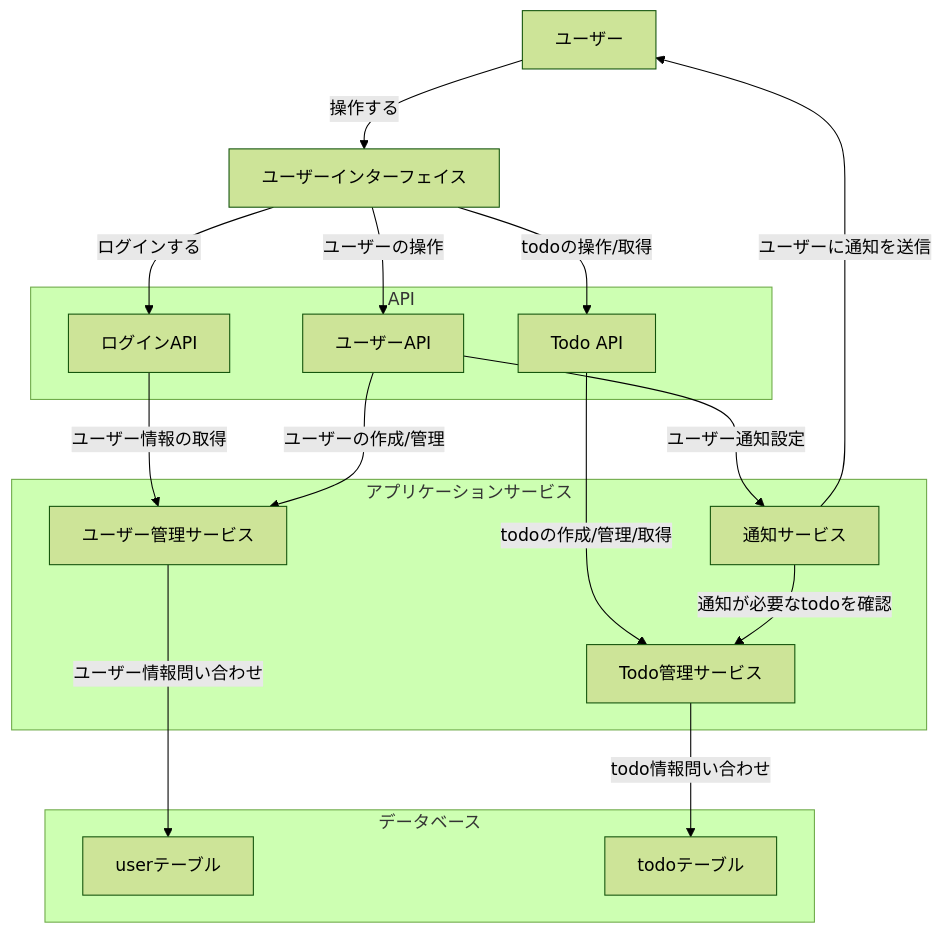
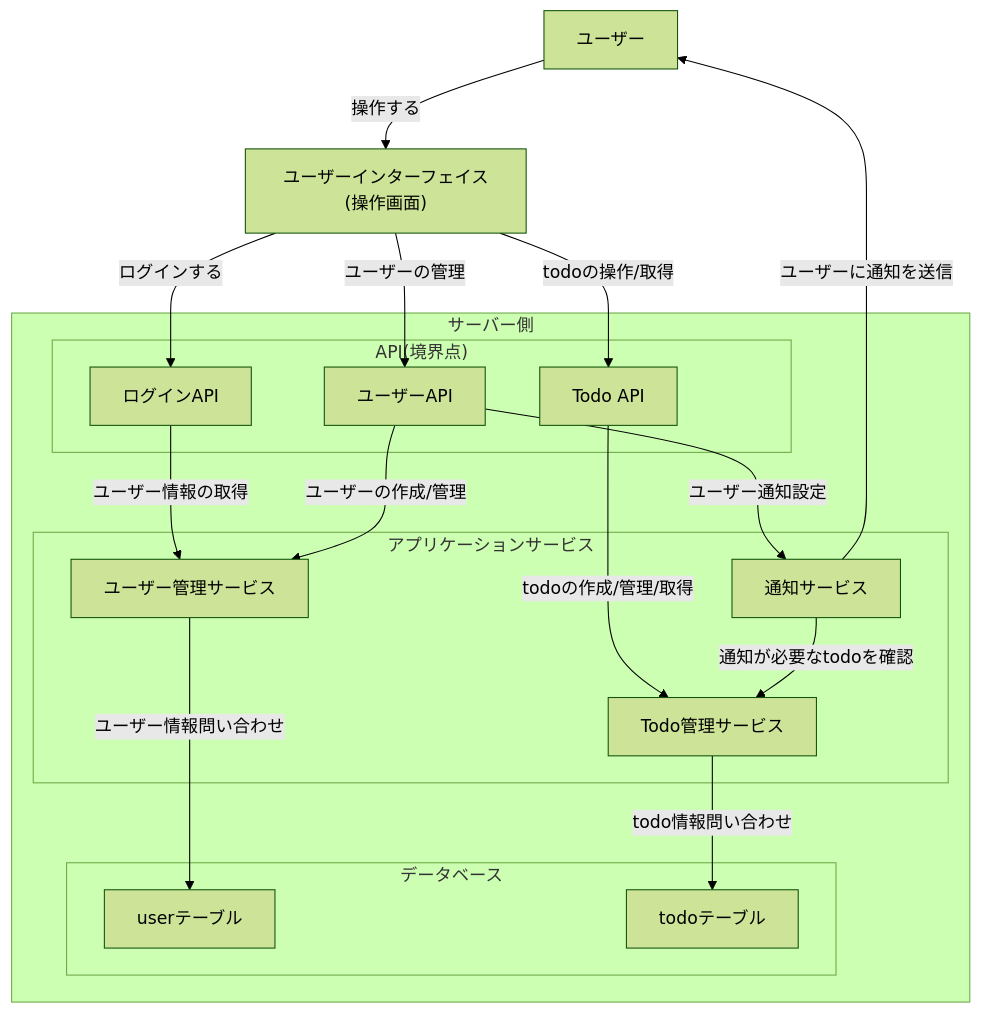
One commit to tam1192/MyTodoAppsDocs changed the first of 4 diagrams in src/要件定義.md. Above: the diagram before and after it, drawn with Mermaid (forest theme).

Commit message:
補足説明を追加

````diff
--- a/src/要件定義.md
+++ b/src/要件定義.md
@@ -40,45 +40,47 @@
 ```mermaid
 flowchart TD
    %% 機能定義
    user["ユーザー"]
-   ui["ユーザーインターフェイス"]
-   subgraph api["API"]
-      userApi["ユーザーAPI"]
-      todoApi["Todo API"]
-      loginApi["ログインAPI"]
-   end
-   subgraph aps["アプリケーションサービス"]
-      userManagementService["ユーザー管理サービス"]
-      todoManagementService["Todo管理サービス"]
-      notificationManagementService["通知サービス"]
-   end
-   subgraph db["データベース"]
-      userDb["userテーブル"]
-      todoDb["todoテーブル"]
+      ui["ユーザーインターフェイス(操作画面)"]
+      subgraph server["サーバー側"]
+      subgraph api["API(境界点)"]
+         userApi["ユーザーAPI"]
+         todoApi["Todo API"]
+         loginApi["ログインAPI"]
+      end
+      subgraph aps["アプリケーションサービス"]
+         userManagementService["ユーザー管理サービス"]
+         todoManagementService["Todo管理サービス"]
+         notificationManagementService["通知サービス"]
+      end
+      subgraph db["データベース"]
+         userDb["userテーブル"]
+         todoDb["todoテーブル"]
+      end
    end
 
    %% ユーザーのUIの関係
    user --> |操作する| ui
 
    %% ログインシステムの関係
    ui --> |ログインする| loginApi
    loginApi --> |ユーザー情報の取得| userManagementService
 
    %% ユーザー管理関係
    userApi --> |ユーザーの作成/管理| userManagementService
    userManagementService --> |ユーザー情報問い合わせ| userDb
-   ui --> |ユーザーの操作| userApi
+   ui --> |ユーザーの管理| userApi
    userApi --> |ユーザー通知設定| notificationManagementService
 
    %% Todo機能の関係
 
    ui --> |todoの操作/取得| todoApi
    todoApi --> |todoの作成/管理/取得| todoManagementService
 
    todoManagementService --> |todo情報問い合わせ| todoDb
 
    %% 通知機能の関係
 
    notificationManagementService --> |通知が必要なtodoを確認| todoManagementService
    notificationManagementService --> |ユーザーに通知を送信| user
 ```
````
